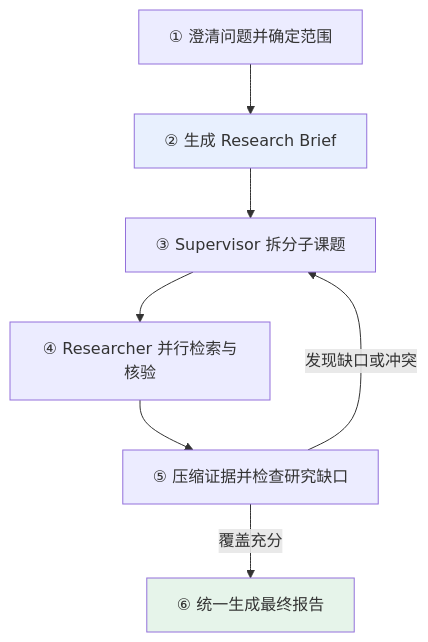
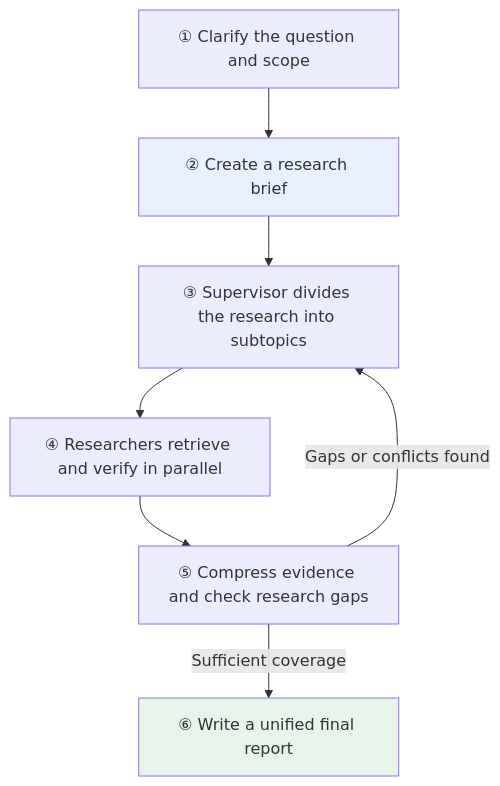
The first of 3 diagrams in docs/frameworks/01-langchain/05-production/12-deep-research.md (oneleaveknowsthefall/awesome-ai-roadmap), drawn with Mermaid before and after one commit. The commit also changed other lines of this file and 70 other files, not shown here.

````diff
--- a/docs/frameworks/01-langchain/05-production/12-deep-research.md
+++ b/docs/frameworks/01-langchain/05-production/12-deep-research.md
@@ -30,12 +30,12 @@
 ```mermaid
 flowchart TB
-    S1["① 澄清问题并确定范围"] --> S2["② 生成 Research Brief"]
-    S2 --> S3["③ Supervisor 拆分子课题"]
-    S3 --> S4["④ Researcher 并行检索与核验"]
-    S4 --> S5["⑤ 压缩证据并检查研究缺口"]
-    S5 -->|发现缺口或冲突| S3
-    S5 -->|覆盖充分| S6["⑥ 统一生成最终报告"]
+    S1["① Clarify the question and scope"] --> S2["② Create a research brief"]
+    S2 --> S3["③ Supervisor divides the research into subtopics"]
+    S3 --> S4["④ Researchers retrieve and verify in parallel"]
+    S4 --> S5["⑤ Compress evidence and check research gaps"]
+    S5 -->|Gaps or conflicts found| S3
+    S5 -->|Sufficient coverage| S6["⑥ Write a unified final report"]
 
     style S2 fill:#e8f0fe
     style S6 fill:#e6f4ea
 ```
````
